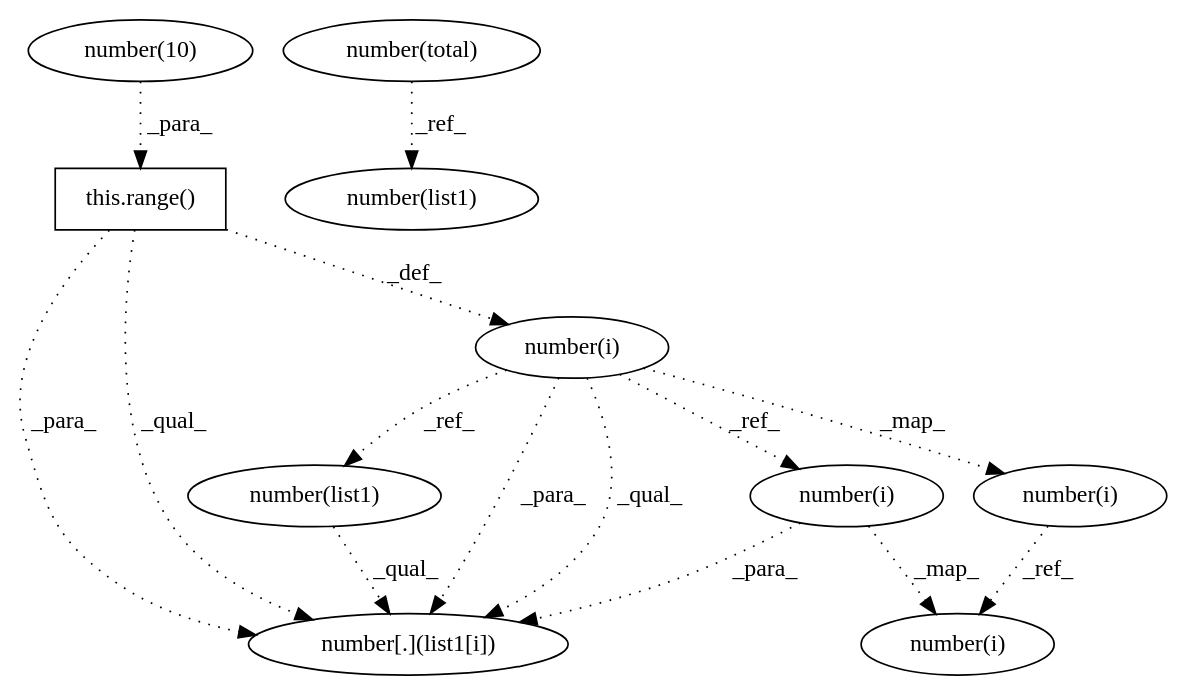
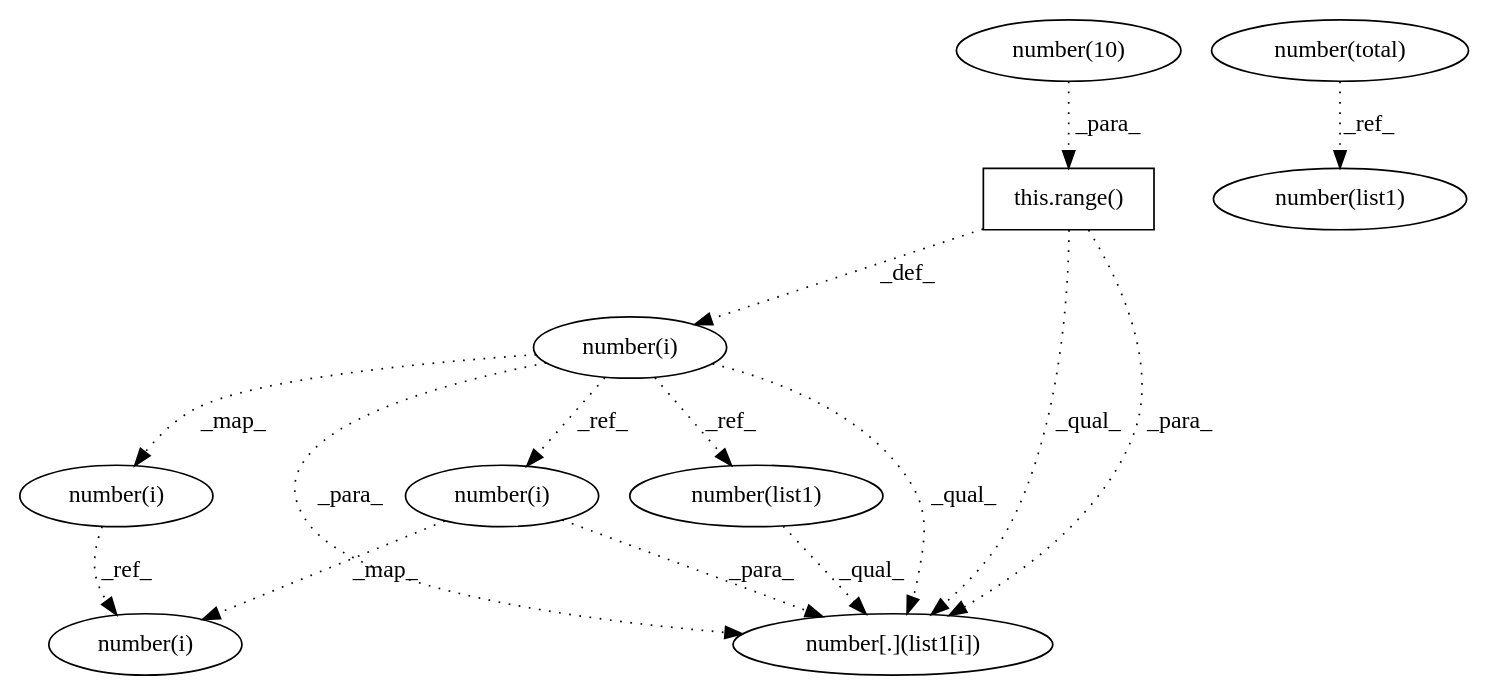
The diagram in AtomicASTChangeMining/OUTPUT/DEBUG/5d4498e4bbfeb40f74b0d8124c48ae1fc922a592___1.dot (maldil/R-CPATMiner), drawn with Graphviz before and after one commit. The commit also changed 76 other files, not shown here.

```diff
--- a/AtomicASTChangeMining/OUTPUT/DEBUG/5d4498e4bbfeb40f74b0d8124c48ae1fc922a592___1.dot
+++ b/AtomicASTChangeMining/OUTPUT/DEBUG/5d4498e4bbfeb40f74b0d8124c48ae1fc922a592___1.dot
@@ -1,26 +1,26 @@
 digraph G {
-1 [label="number[.](list1[i])" shape=ellipse]
-2 [label="this.range()" shape=box]
-3 [label="number(i)" shape=ellipse]
-4 [label="number(i)" shape=ellipse]
-5 [label="number(list1)" shape=ellipse]
-6 [label="number(10)" shape=ellipse]
-7 [label="number(list1)" shape=ellipse]
-8 [label="number(i)" shape=ellipse]
+1 [label="number(i)" shape=ellipse]
+2 [label="number[.](list1[i])" shape=ellipse]
+3 [label="number(list1)" shape=ellipse]
+4 [label="number(list1)" shape=ellipse]
+5 [label="number(10)" shape=ellipse]
+6 [label="number(i)" shape=ellipse]
+7 [label="number(total)" shape=ellipse]
+8 [label="this.range()" shape=box]
 9 [label="number(i)" shape=ellipse]
-10 [label="number(total)" shape=ellipse]
-7 -> 1 [label="_qual_" style=dotted];
-9 -> 1 [label="_para_" style=dotted];
-8 -> 1 [label="_para_" style=dotted];
-2 -> 1 [label="_para_" style=dotted];
-8 -> 1 [label="_qual_" style=dotted];
-2 -> 1 [label="_qual_" style=dotted];
-6 -> 2 [label="_para_" style=dotted];
-4 -> 3 [label="_ref_" style=dotted];
-9 -> 3 [label="_map_" style=dotted];
-8 -> 4 [label="_map_" style=dotted];
-10 -> 5 [label="_ref_" style=dotted];
-8 -> 7 [label="_ref_" style=dotted];
-2 -> 8 [label="_def_" style=dotted];
-8 -> 9 [label="_ref_" style=dotted];
+10 [label="number(i)" shape=ellipse]
+8 -> 1 [label="_def_" style=dotted];
+4 -> 2 [label="_qual_" style=dotted];
+9 -> 2 [label="_para_" style=dotted];
+1 -> 2 [label="_qual_" style=dotted];
+8 -> 2 [label="_qual_" style=dotted];
+1 -> 2 [label="_para_" style=dotted];
+8 -> 2 [label="_para_" style=dotted];
+7 -> 3 [label="_ref_" style=dotted];
+1 -> 4 [label="_ref_" style=dotted];
+10 -> 6 [label="_ref_" style=dotted];
+9 -> 6 [label="_map_" style=dotted];
+5 -> 8 [label="_para_" style=dotted];
+1 -> 9 [label="_ref_" style=dotted];
+1 -> 10 [label="_map_" style=dotted];
 }
```
